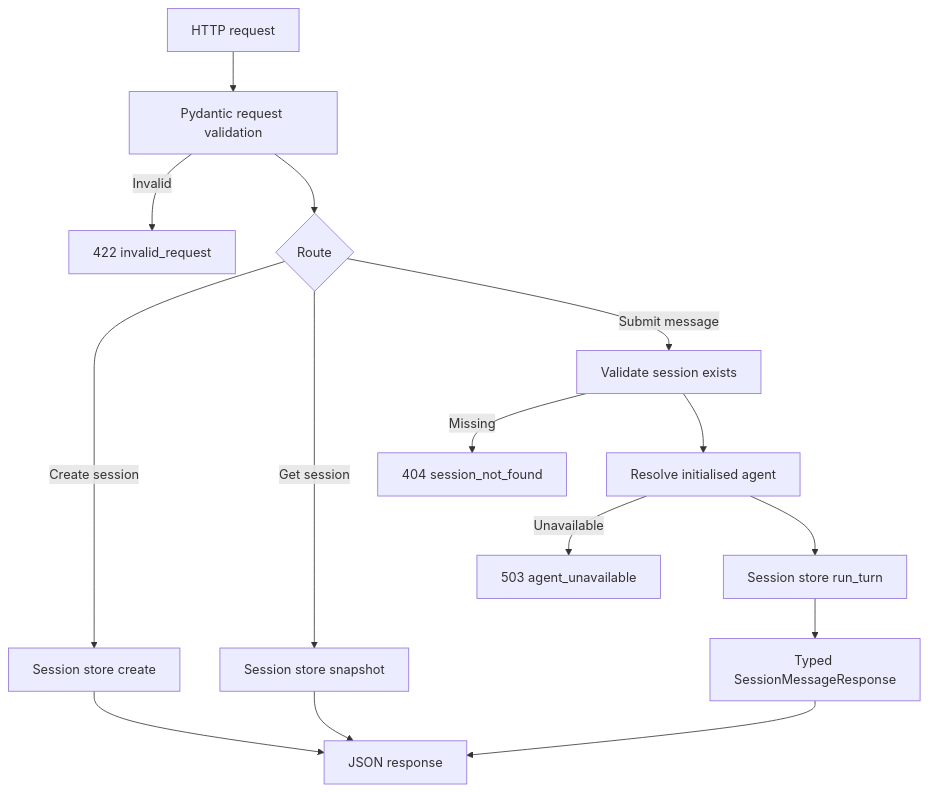
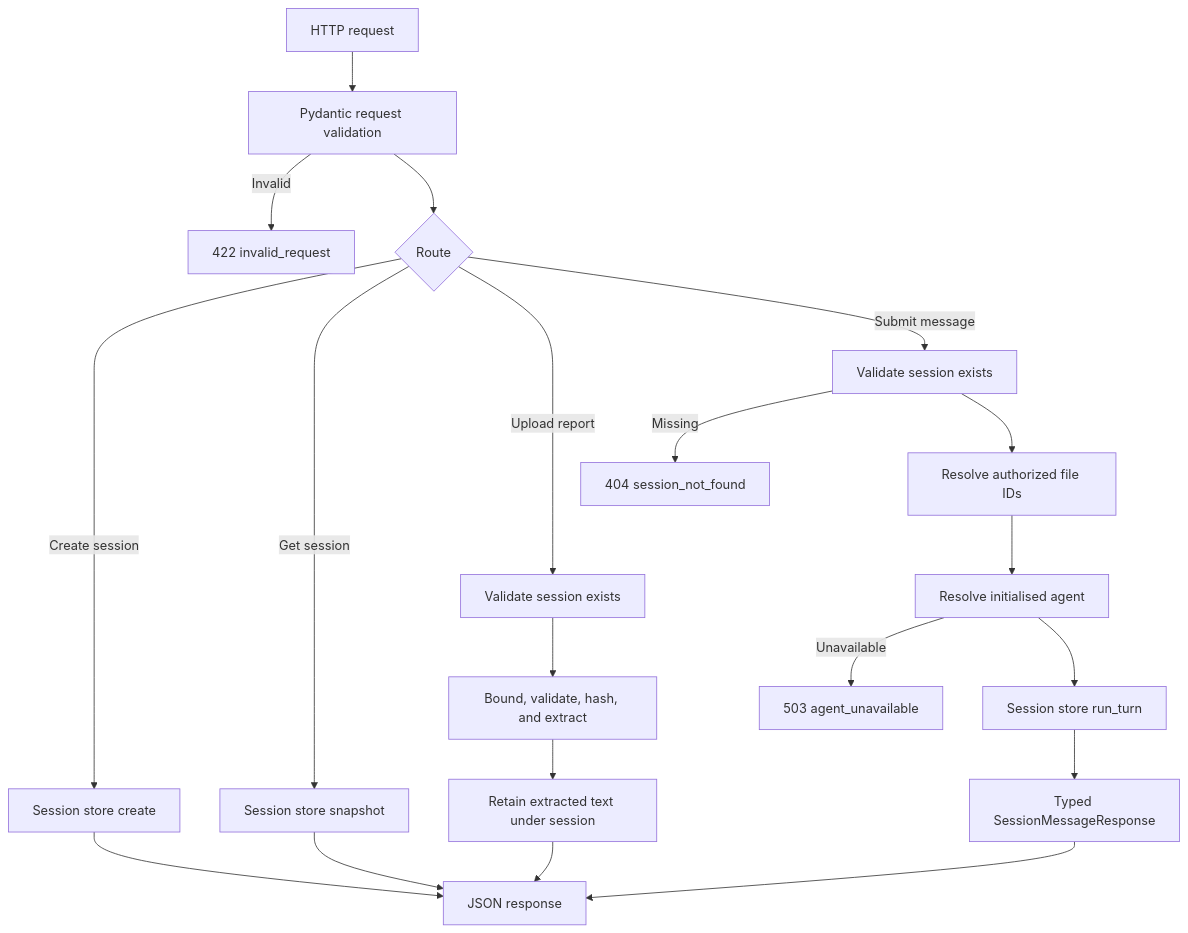
Before and after one commit to govtech-responsibleai/agentic-eval-toyapp: the third of 14 diagrams in architecture.md, drawn with Mermaid. The commit also changed other lines of this file and 13 other files, not shown here.

Commit message:
feat(toyapp): add report upload contracts

````diff
--- a/architecture.md
+++ b/architecture.md
@@ -162,17 +167,22 @@
 ```mermaid
 flowchart TD
     Request[HTTP request] --> Validation[Pydantic request validation]
     Validation -->|Invalid| Error422[422 invalid_request]
     Validation --> Route{Route}
     Route -->|Create session| Create[Session store create]
     Route -->|Get session| Snapshot[Session store snapshot]
+    Route -->|Upload report| FileLookup[Validate session exists]
+    FileLookup --> FileProcess[Bound, validate, hash, and extract]
+    FileProcess --> FileStore[Retain extracted text under session]
+    FileStore --> Response
     Route -->|Submit message| Lookup[Validate session exists]
     Lookup -->|Missing| Error404[404 session_not_found]
-    Lookup --> Resolve[Resolve initialised agent]
+    Lookup --> Attachments[Resolve authorized file IDs]
+    Attachments --> Resolve[Resolve initialised agent]
     Resolve -->|Unavailable| Error503[503 agent_unavailable]
     Resolve --> Turn[Session store run_turn]
     Turn --> Result[Typed SessionMessageResponse]
     Create --> Response[JSON response]
     Snapshot --> Response
     Result --> Response
 ```
````
